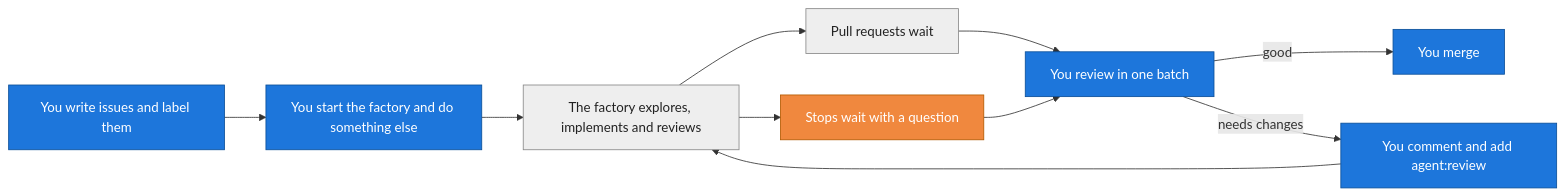
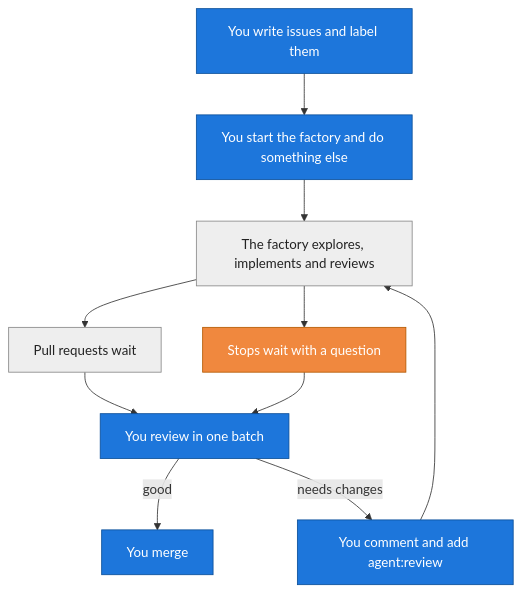
One commit to dennis-brutski/issue-to-pr-factory changed the first of 3 diagrams in README.md. Above: the diagram before and after it, drawn with Mermaid. The commit also changed 1 other file, not shown here.

Commit message:
Draw the day-with-the-factory diagram top-down (#81)

````diff
--- a/README.md
+++ b/README.md
@@ -19,15 +19,15 @@
 ```mermaid
-flowchart LR
+flowchart TD
   write["You write issues and label them"]:::you --> start["You start the factory and do something else"]:::you
   start --> work["The factory explores, implements and reviews"]:::factory
   work --> prs["Pull requests wait"]:::factory
   work --> stops["Stops wait with a question"]:::stop
   prs --> batch["You review in one batch"]:::you
   stops --> batch
   batch -->|"good"| merge["You merge"]:::you
   batch -->|"needs changes"| comment["You comment and add agent:review"]:::you
   comment --> work
   classDef you fill:#1d76db,stroke:#0b4f99,color:#ffffff
   classDef factory fill:#eeeeee,stroke:#888888,color:#222222
   classDef stop fill:#f0883e,stroke:#b35900,color:#ffffff
 ```
````
